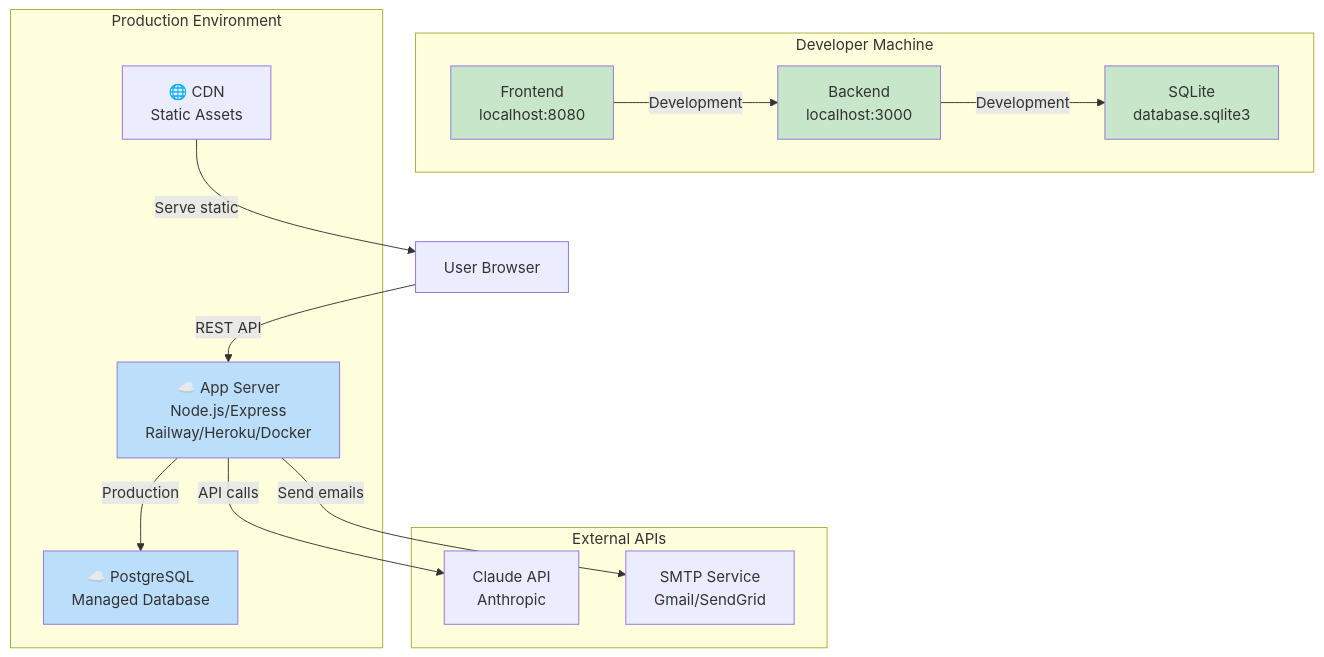
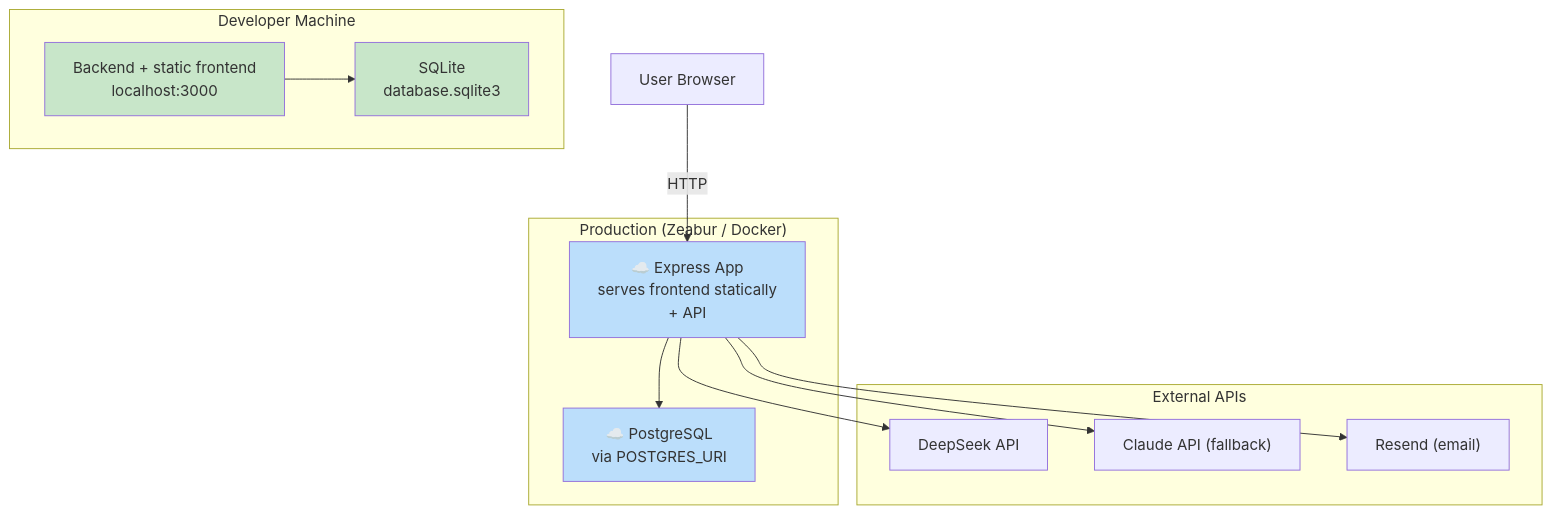
Before and after one commit to xiaojialove-DRP/the42post: the sixth of 6 diagrams in docs/ARCHITECTURE.md, drawn with Mermaid. The commit also changed other lines of this file and 1 other file, not shown here.

First line of the commit message:
Docs: rewrite ARCHITECTURE.md to match the real system, add diagram to README

````diff
--- a/docs/ARCHITECTURE.md
+++ b/docs/ARCHITECTURE.md
@@ -346,35 +290,30 @@
 ```mermaid
 graph TB
     subgraph "Developer Machine"
-        LocalFE["Frontend<br/>localhost:8080"]
-        LocalBE["Backend<br/>localhost:3000"]
+        LocalBE["Backend + static frontend<br/>localhost:3000"]
         LocalDB["SQLite<br/>database.sqlite3"]
     end
-    
-    subgraph "Production Environment"
-        CDN["🌐 CDN<br/>Static Assets"]
-        Prod_BE["☁️ App Server<br/>Node.js/Express<br/>Railway/Heroku/Docker"]
-        Prod_DB["☁️ PostgreSQL<br/>Managed Database"]
+
+    subgraph "Production (Zeabur / Docker)"
+        Prod_BE["☁️ Express App<br/>serves frontend statically<br/>+ API"]
+        Prod_DB["☁️ PostgreSQL<br/>via POSTGRES_URI"]
     end
-    
+
     subgraph "External APIs"
-        Anthropic["Claude API<br/>Anthropic"]
-        SMTP["SMTP Service<br/>Gmail/SendGrid"]
+        DeepSeek["DeepSeek API"]
+        Claude["Claude API (fallback)"]
+        Resend["Resend (email)"]
     end
-    
-    LocalFE -->|Development| LocalBE
-    LocalBE -->|Development| LocalDB
-    
-    Prod_BE -->|Production| Prod_DB
-    Prod_BE -->|API calls| Anthropic
-    Prod_BE -->|Send emails| SMTP
-    
-    CDN -->|Serve static| Browser["User Browser"]
-    Browser -->|REST API| Prod_BE
-    
-    style LocalFE fill:#c8e6c9
+
+    LocalBE --> LocalDB
+    Prod_BE --> Prod_DB
+    Prod_BE --> DeepSeek
+    Prod_BE --> Claude
+    Prod_BE --> Resend
+    Browser["User Browser"] -->|HTTP| Prod_BE
+
     style LocalBE fill:#c8e6c9
     style LocalDB fill:#c8e6c9
     style Prod_BE fill:#bbdefb
     style Prod_DB fill:#bbdefb
 ```
````
